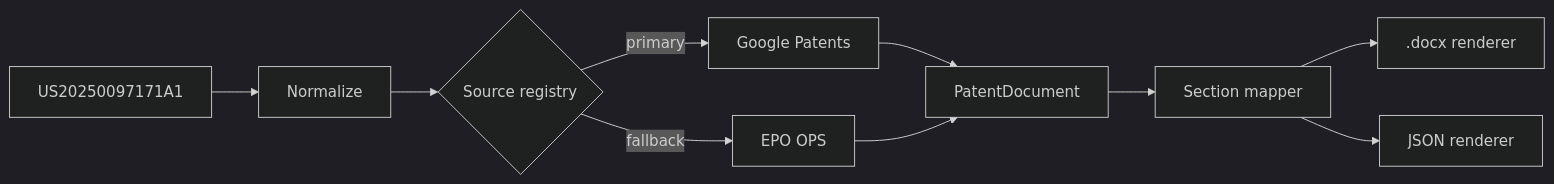
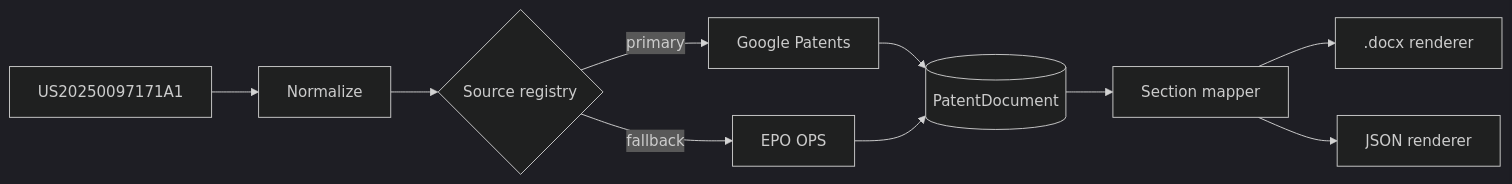
The first of 2 diagrams in README.md (zunecs/zunecs), drawn with Mermaid (dark theme) before and after one commit. The commit also changed other lines of this file, not shown here.

````diff
--- a/README.md
+++ b/README.md
@@ -35,12 +45,12 @@
 ```mermaid
 flowchart LR
     A["US20250097171A1"] --> B[Normalize]
     B --> C{Source registry}
     C -->|primary| D[Google Patents]
     C -->|fallback| E[EPO OPS]
-    D --> F[PatentDocument]
+    D --> F[(PatentDocument)]
     E --> F
     F --> G[Section mapper]
-    G --> H[.docx renderer]
-    G --> I[JSON renderer]
+    G --> H[".docx renderer"]
+    G --> I["JSON renderer"]
 ```
````
